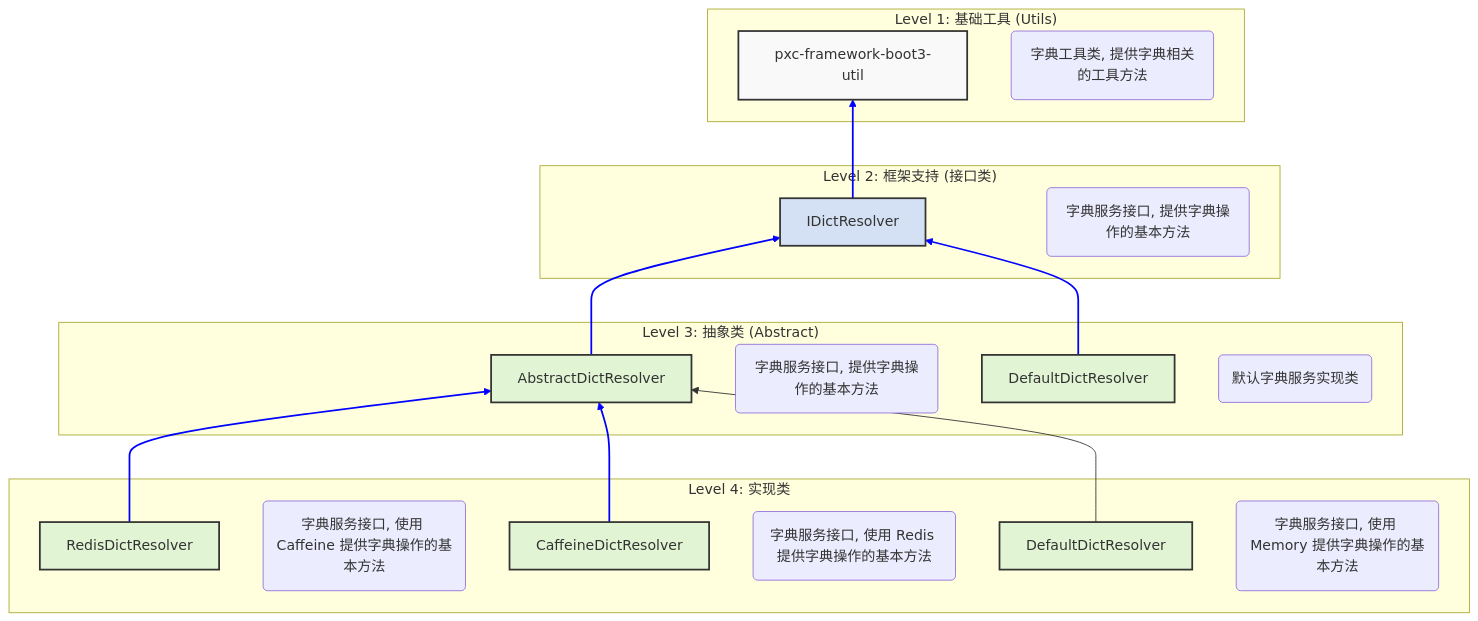
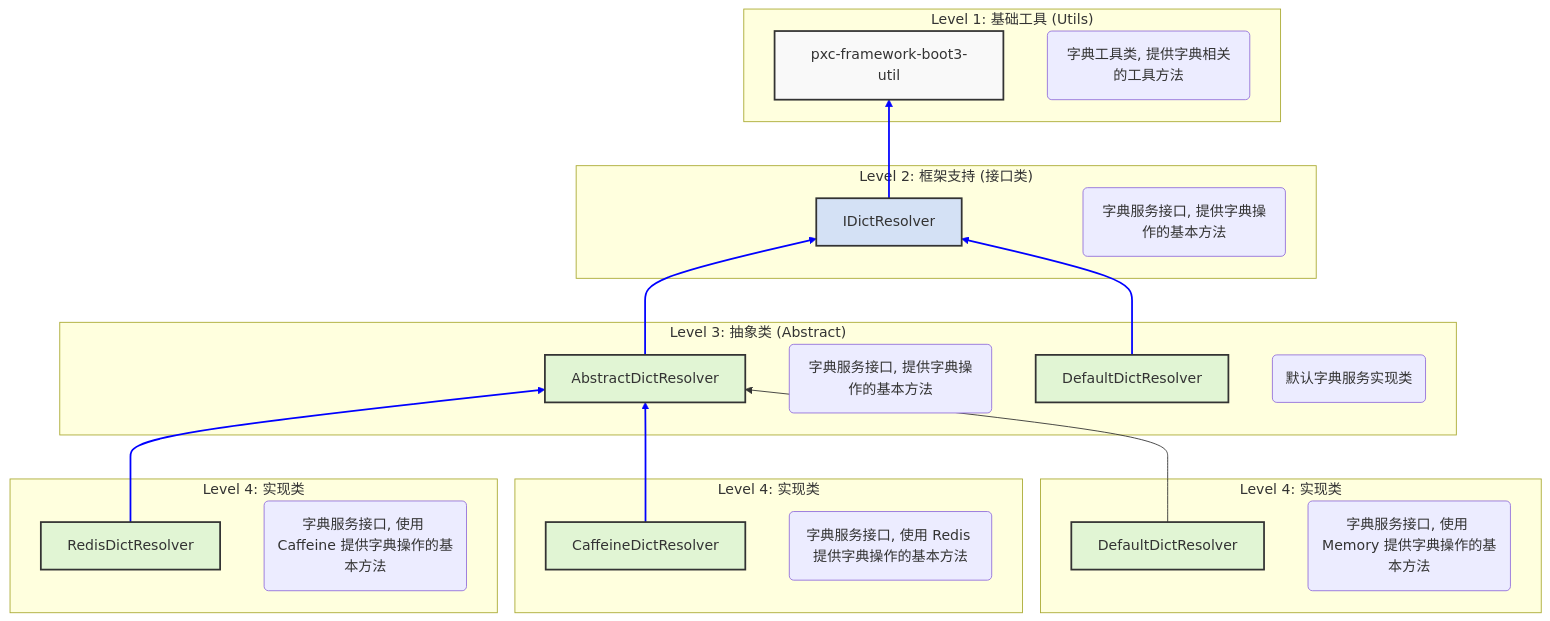
One commit to panxiaochao/pxc-framework-boot3 changed the diagram in pxc-framework-boot3-util/README.md. Above: the diagram before and after it, drawn with Mermaid. The commit also changed 5 other files, not shown here.

````diff
--- a/pxc-framework-boot3-util/README.md
+++ b/pxc-framework-boot3-util/README.md
@@ -99,42 +99,48 @@
 ```mermaid
 graph BT
     %% 定义样式
     classDef base fill:#f9f9f9,stroke:#333,stroke-width:2px;
     classDef mid fill:#d4e1f5,stroke:#333,stroke-width:2px;
     classDef top fill:#e1f5d4,stroke:#333,stroke-width:2px;
 
     subgraph "Level 1: 基础工具 (Utils)"
         U[pxc-framework-boot3-util]:::base
         Note1(字典工具类, 提供字典相关的工具方法)
     end
 
     subgraph "Level 2: 框架支持 (接口类)"
         F[IDictResolver]:::mid
         Note2(字典服务接口, 提供字典操作的基本方法)
     end
 
     subgraph "Level 3: 抽象类 (Abstract)"
         S1[AbstractDictResolver]:::top
         Note3(字典服务接口, 提供字典操作的基本方法)
         S2[DefaultDictResolver]:::top
         Note4(默认字典服务实现类)
     end
     
     subgraph "Level 4: 实现类"
         A1[RedisDictResolver]:::top
         Note5(字典服务接口, 使用 Caffeine 提供字典操作的基本方法)
+    end
+    
+    subgraph "Level 4: 实现类"
         A2[CaffeineDictResolver]:::top
         Note6(字典服务接口, 使用 Redis 提供字典操作的基本方法)
+    end
+    
+    subgraph "Level 4: 实现类"
         A3[DefaultDictResolver]:::top
         Note7(字典服务接口, 使用 Memory 提供字典操作的基本方法)
     end
 
     F --> U
     S1 --> F
     S2 --> F
     A1 --> S1
     A2 --> S1
     A3 --> S1
 
     linkStyle 0,1,2,3,4 stroke-width:2px,fill:none,stroke:blue;
 ```
````
